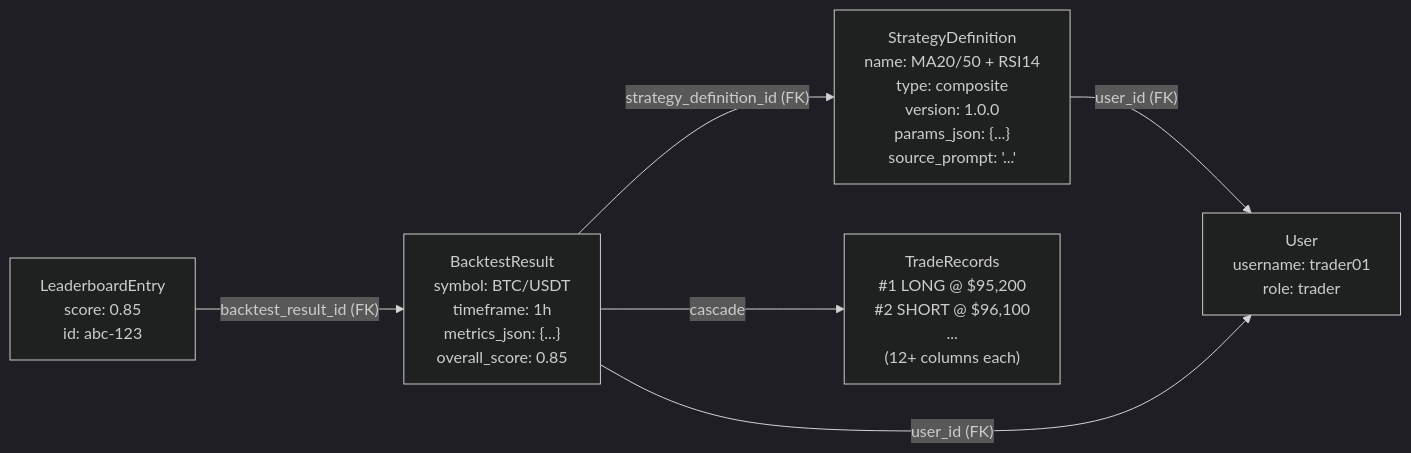
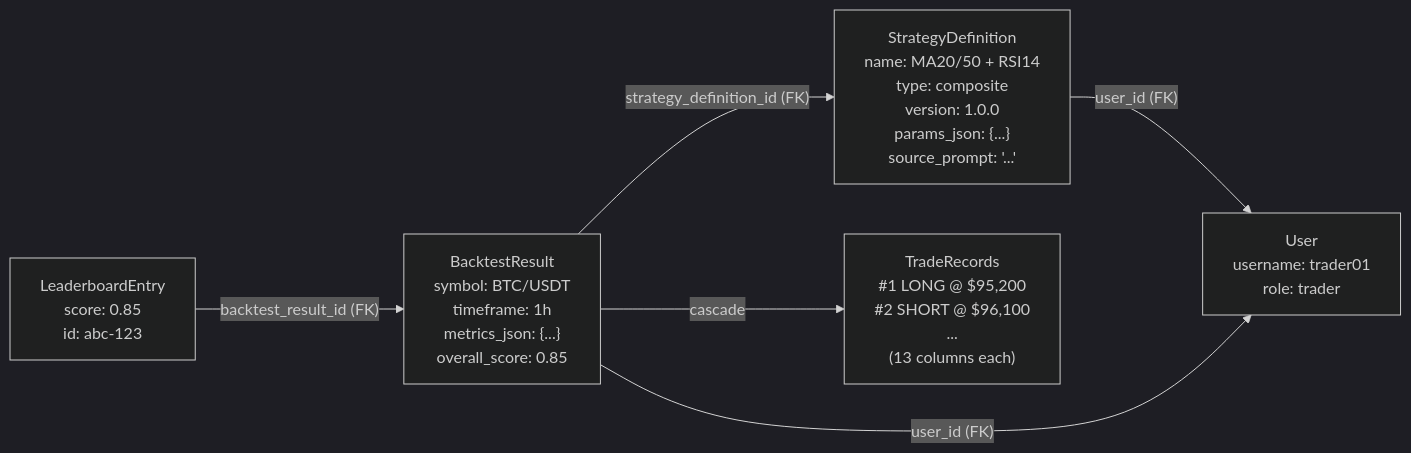
One commit to ngnam2012/KTPM-crypto-project changed the tenth of 10 diagrams in docs/architecture-qa.md. Above: the diagram before and after it, drawn with Mermaid (dark theme). The commit also changed other lines of this file and 6 other files, not shown here.

````diff
--- a/docs/architecture-qa.md
+++ b/docs/architecture-qa.md
@@ -669,14 +669,14 @@
 ```mermaid
 graph LR
     LB[" LeaderboardEntry<br/>score: 0.85<br/>id: abc-123"]
     BT[" BacktestResult<br/>symbol: BTC/USDT<br/>timeframe: 1h<br/>metrics_json: {...}<br/>overall_score: 0.85"]
     SD[" StrategyDefinition<br/>name: MA20/50 + RSI14<br/>type: composite<br/>version: 1.0.0<br/>params_json: {...}<br/>source_prompt: '...'"]
-    TR[" TradeRecords<br/>#1 LONG @ $95,200<br/>#2 SHORT @ $96,100<br/>...<br/>(12+ columns each)"]
+    TR[" TradeRecords<br/>#1 LONG @ $95,200<br/>#2 SHORT @ $96,100<br/>...<br/>(13 columns each)"]
     USER[" User<br/>username: trader01<br/>role: trader"]
     
     LB -->|"backtest_result_id (FK)"| BT
     BT -->|"strategy_definition_id (FK)"| SD
     BT -->|"cascade"| TR
     SD -->|"user_id (FK)"| USER
     BT -->|"user_id (FK)"| USER
 ```
````
